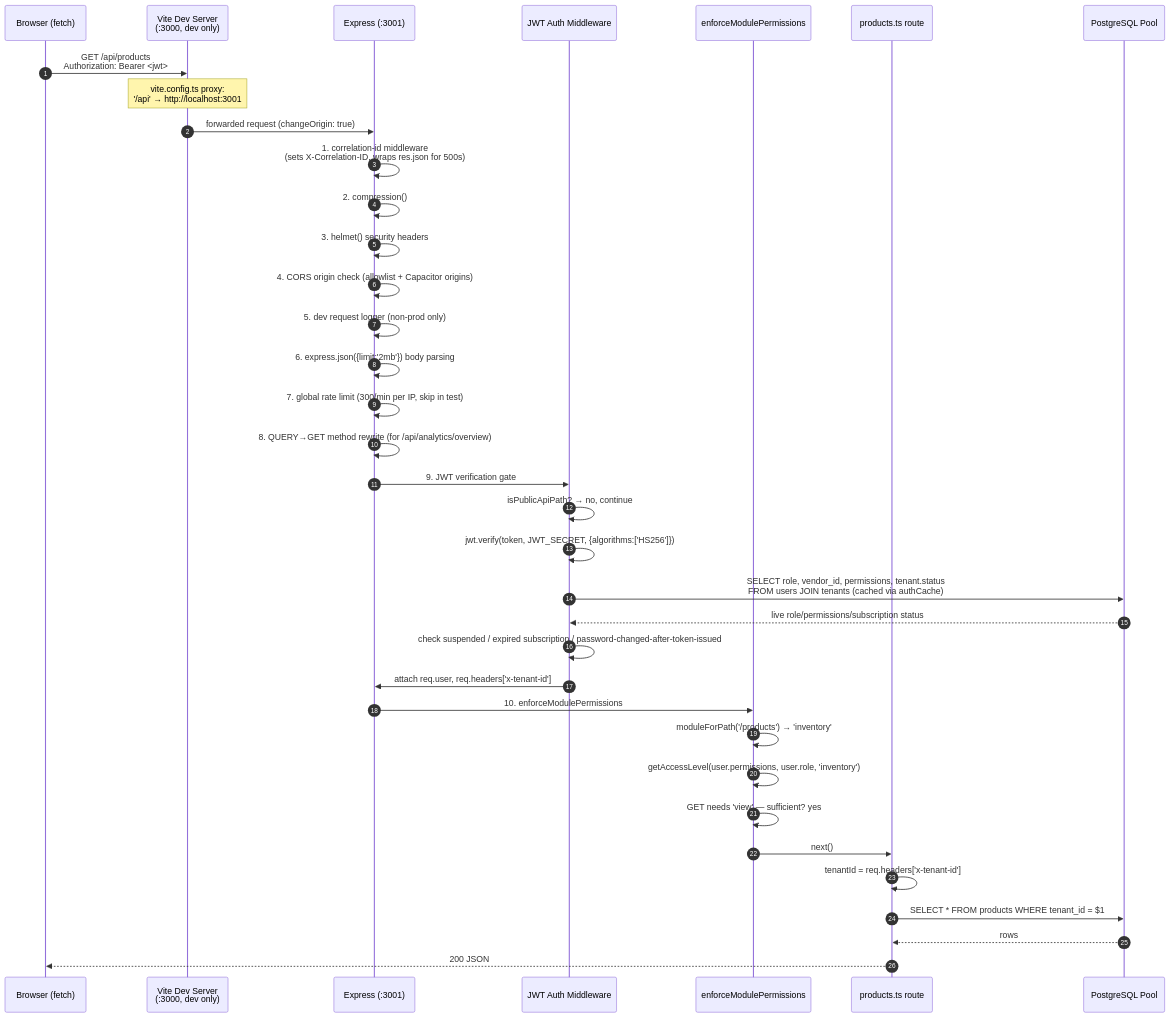
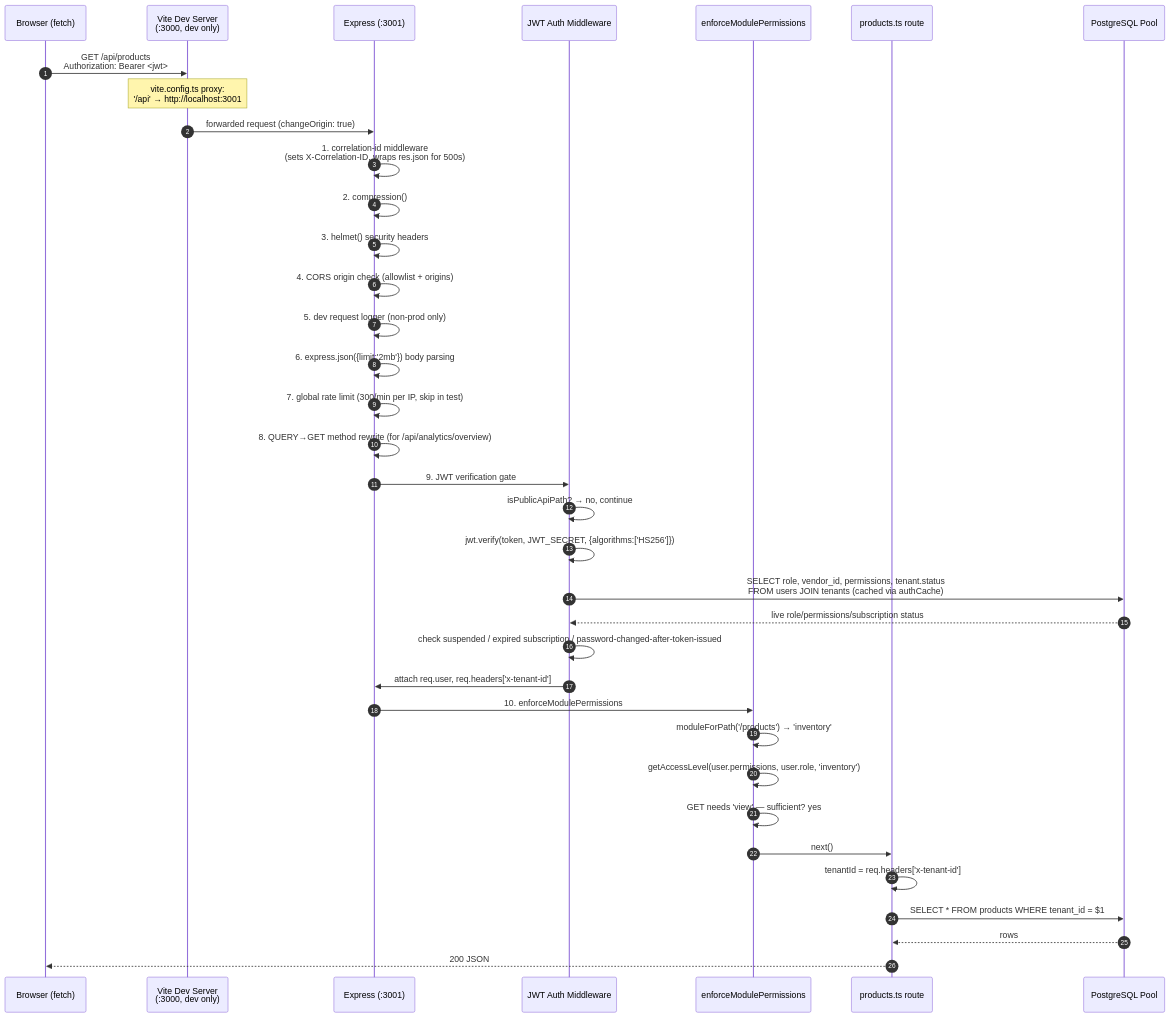
Before and after one commit to prathame/DG-ERP: the diagram in engineering-academy/docs/architecture/request-lifecycle.md, drawn with Mermaid. The commit also changed 65 other files, not shown here.

````diff
--- a/engineering-academy/docs/architecture/request-lifecycle.md
+++ b/engineering-academy/docs/architecture/request-lifecycle.md
@@ -17,39 +17,39 @@
 ```mermaid
 sequenceDiagram
     autonumber
     participant B as Browser (fetch)
     participant Vite as Vite Dev Server<br/>(:3000, dev only)
     participant EX as Express (:3001)
     participant Auth as JWT Auth Middleware
     participant Perm as enforceModulePermissions
     participant Route as products.ts route
     participant PG as PostgreSQL Pool
 
     B->>Vite: GET /api/products<br/>Authorization: Bearer <jwt>
     Note over Vite: vite.config.ts proxy:<br/>'/api' → http://localhost:3001
     Vite->>EX: forwarded request (changeOrigin: true)
     EX->>EX: 1. correlation-id middleware<br/>(sets X-Correlation-ID, wraps res.json for 500s)
     EX->>EX: 2. compression()
     EX->>EX: 3. helmet() security headers
-    EX->>EX: 4. CORS origin check (allowlist + Capacitor origins)
+    EX->>EX: 4. CORS origin check (allowlist + origins)
     EX->>EX: 5. dev request logger (non-prod only)
     EX->>EX: 6. express.json({limit:'2mb'}) body parsing
     EX->>EX: 7. global rate limit (300/min per IP, skip in test)
     EX->>EX: 8. QUERY→GET method rewrite (for /api/analytics/overview)
     EX->>Auth: 9. JWT verification gate
     Auth->>Auth: isPublicApiPath? → no, continue
     Auth->>Auth: jwt.verify(token, JWT_SECRET, {algorithms:['HS256']})
     Auth->>PG: SELECT role, vendor_id, permissions, tenant.status<br/>FROM users JOIN tenants (cached via authCache)
     PG-->>Auth: live role/permissions/subscription status
     Auth->>Auth: check suspended / expired subscription / password-changed-after-token-issued
     Auth->>EX: attach req.user, req.headers['x-tenant-id']
     EX->>Perm: 10. enforceModulePermissions
     Perm->>Perm: moduleForPath('/products') → 'inventory'
     Perm->>Perm: getAccessLevel(user.permissions, user.role, 'inventory')
     Perm->>Perm: GET needs 'view' — sufficient? yes
     Perm->>Route: next()
     Route->>Route: tenantId = req.headers['x-tenant-id']
     Route->>PG: SELECT * FROM products WHERE tenant_id = $1
     PG-->>Route: rows
     Route-->>B: 200 JSON
 ```
````
